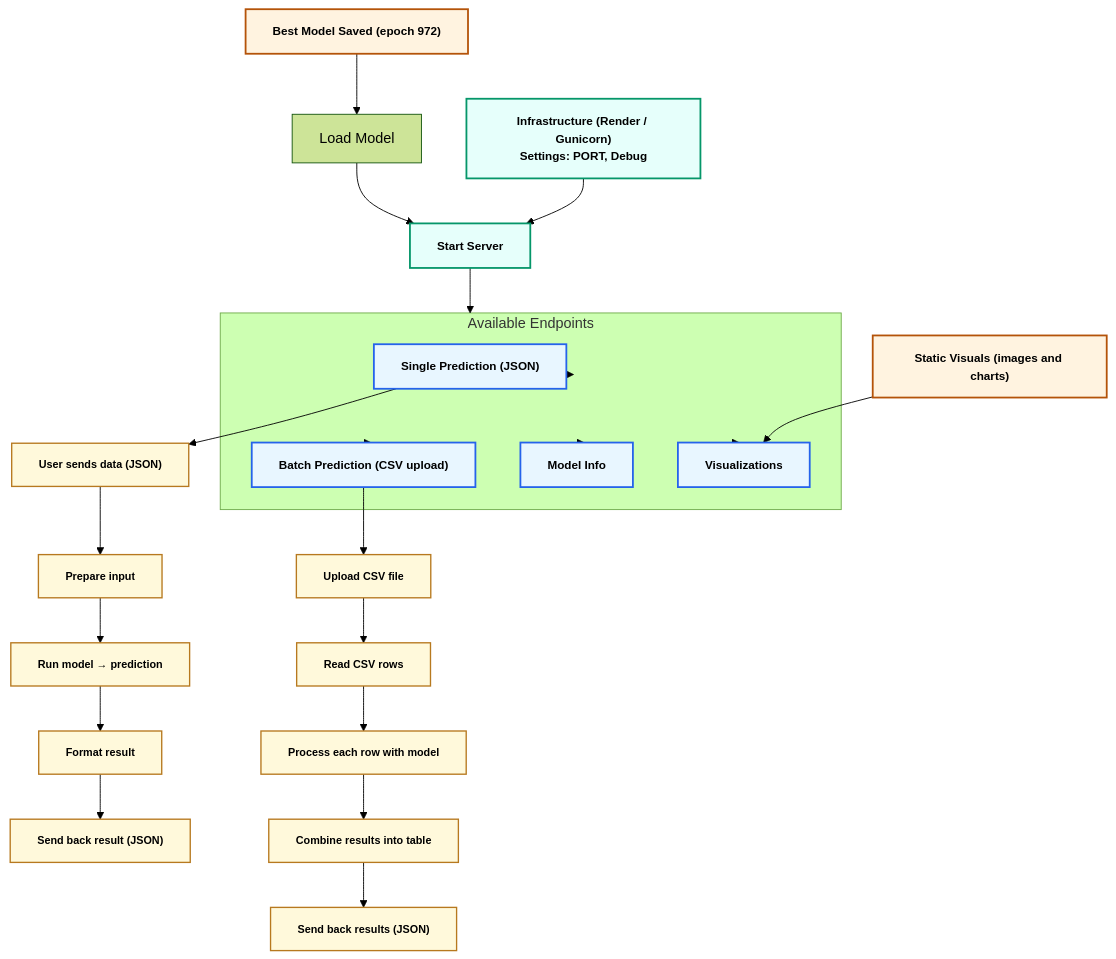
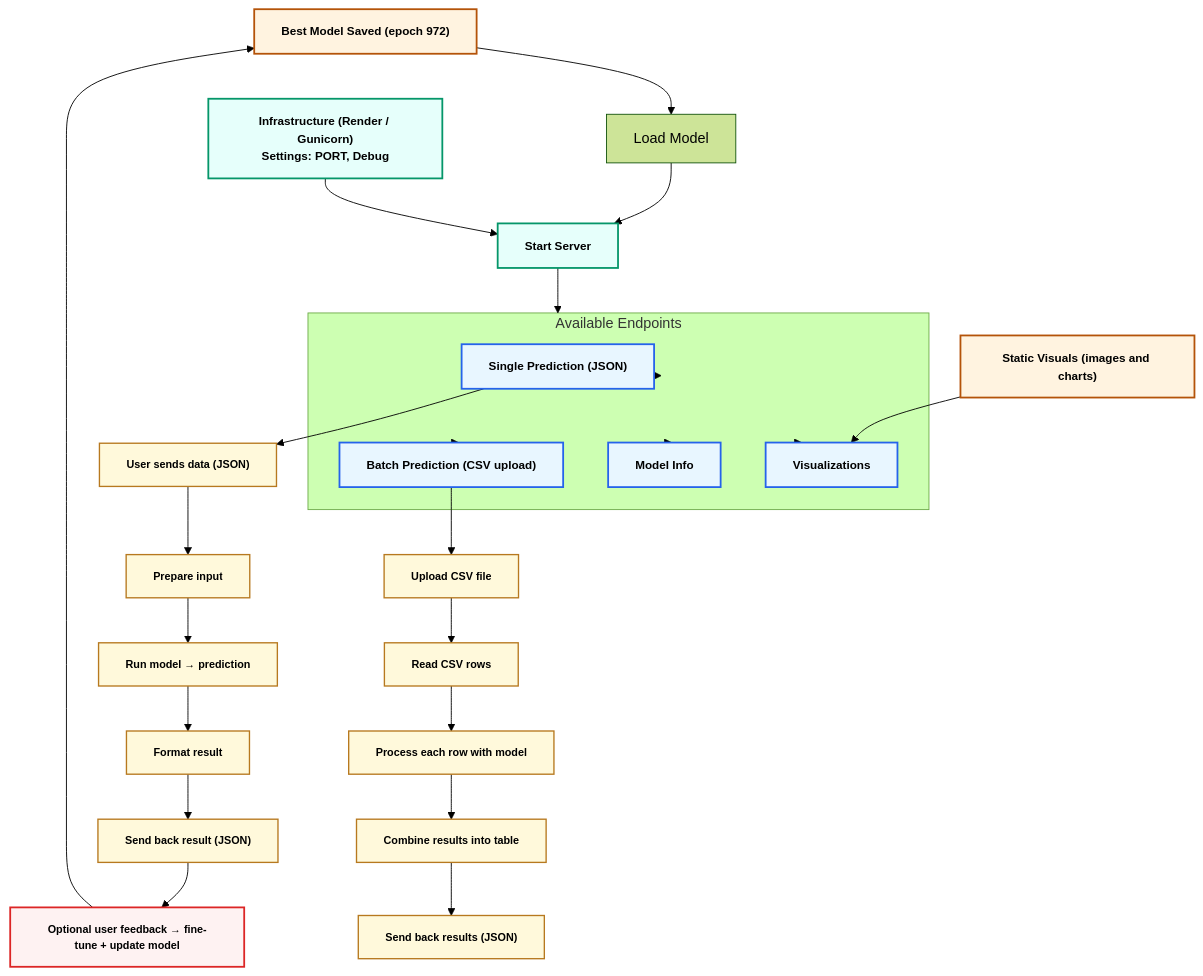
Before and after one commit to DeadUser123/Space-APPS-Hackathon: the second of 2 diagrams in README.md, drawn with Mermaid (forest theme). The commit also changed other lines of this file, not shown here.

````diff
--- a/README.md
+++ b/README.md
@@ -46,54 +46,62 @@
 ```mermaid
 flowchart TD
   CKPT["Best Model Saved (epoch 972)"]
   LOAD["Load Model"]
   STATIC["Static Visuals (images and charts)"]
   START["Start Server"]
   DEPLOY["Infrastructure (Render / Gunicorn)\nSettings: PORT, Debug"]
 
   subgraph API["Available Endpoints"]
     PRED["Single Prediction (JSON)"]
     BATCH["Batch Prediction (CSV upload)"]
     INFO["Model Info"]
     VIS["Visualizations"]
   end
 
-  %% Single prediction flow
+  %% Single prediction flow (with inline feedback)
   REQ1["User sends data (JSON)"]
   PRE1["Prepare input"]
   MODEL1["Run model → prediction"]
   POST1["Format result"]
   RESP1["Send back result (JSON)"]
+  FEEDBACK["Optional user feedback → fine-tune + update model"]
 
   %% Batch flow
   FILE["Upload CSV file"]
   PARSE["Read CSV rows"]
   LOOP["Process each row with model"]
   AGG["Combine results into table"]
   RESP2["Send back results (JSON)"]
 
+  %% Structure
   CKPT --> LOAD
   LOAD --> START
   START --> API
   STATIC --> VIS
   DEPLOY --> START
 
-  PRED --> REQ1 --> PRE1 --> MODEL1 --> POST1 --> RESP1
-  BATCH --> FILE --> PARSE --> LOOP --> AGG --> RESP2
-
+  %% Flows
   API --> PRED
   API --> BATCH
   API --> INFO
   API --> VIS
+
+  %% Prediction + inline feedback
+  PRED --> REQ1 --> PRE1 --> MODEL1 --> POST1 --> RESP1 --> FEEDBACK --> CKPT
+
+  %% Batch
+  BATCH --> FILE --> PARSE --> LOOP --> AGG --> RESP2
 
   %% Styles for readability
   classDef artifact fill:#fff3e0,stroke:#b45309,stroke-width:2px,color:#000,font-size:13px,font-weight:600;
   classDef server fill:#e6fffb,stroke:#059669,stroke-width:2px,color:#000,font-size:13px,font-weight:600;
   classDef endpoint fill:#e8f6ff,stroke:#2563eb,stroke-width:2px,color:#000,font-size:13px,font-weight:600;
   classDef flow fill:#fff9db,stroke:#b7791f,stroke-width:1.5px,color:#000,font-size:12px,font-weight:600;
+  classDef feedback fill:#fef2f2,stroke:#dc2626,stroke-width:2px,color:#000,font-size:12px,font-weight:600;
 
   class CKPT,STATIC artifact;
   class START,DEPLOY server;
   class PRED,BATCH,INFO,VIS endpoint;
   class REQ1,PRE1,MODEL1,POST1,RESP1,FILE,PARSE,LOOP,AGG,RESP2 flow;
+  class FEEDBACK feedback;
 ```
````
